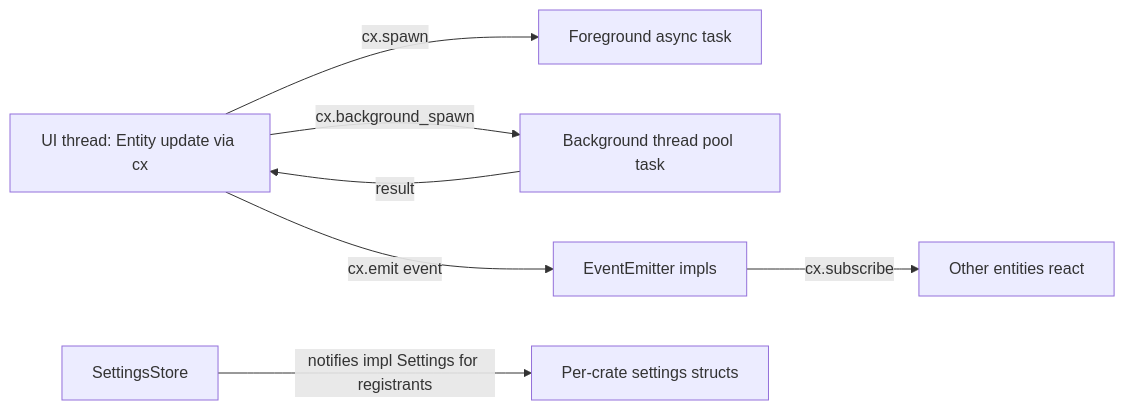
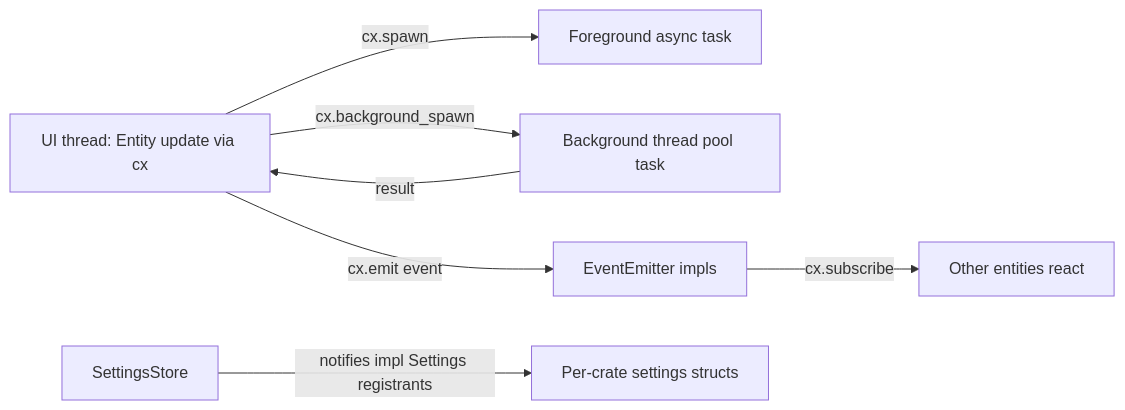
One commit to tgiap04/zode changed the second of 3 diagrams in docs/system/architecture.md. Above: the diagram before and after it, drawn with Mermaid. The commit also changed other lines of this file and 13 other files, not shown here.

````diff
--- a/docs/system/architecture.md
+++ b/docs/system/architecture.md
@@ -132,9 +168,9 @@
 ```mermaid
 graph LR
     A[UI thread: Entity update via cx] -->|cx.spawn| B[Foreground async task]
     A -->|cx.background_spawn| C[Background thread pool task]
     C -->|result| A
     A -->|cx.emit event| D[EventEmitter impls]
     D -->|cx.subscribe| E[Other entities react]
-    F[SettingsStore] -->|notifies impl Settings for registrants| G[Per-crate settings structs]
+    F[SettingsStore] -->|notifies impl Settings registrants| G[Per-crate settings structs]
 ```
````
